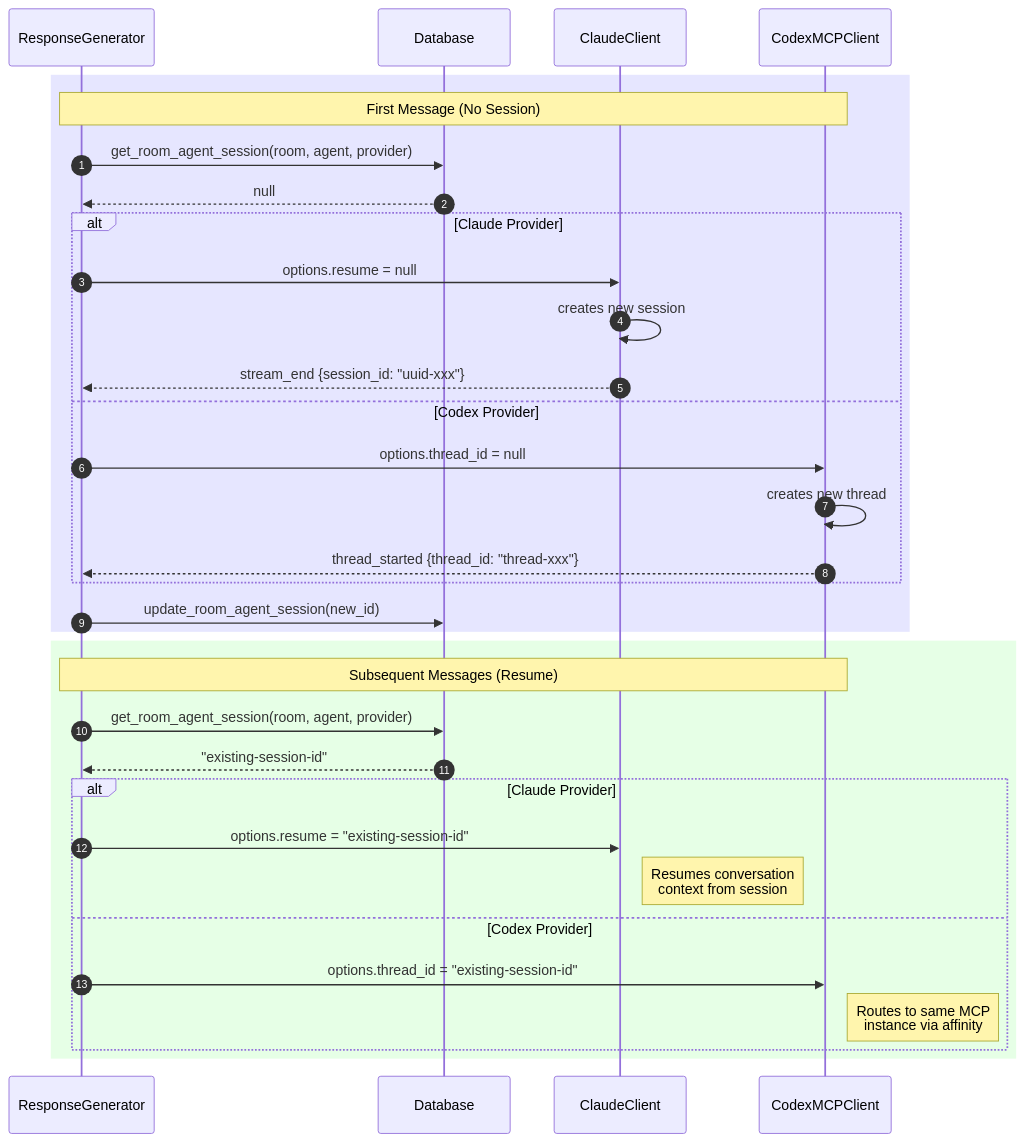
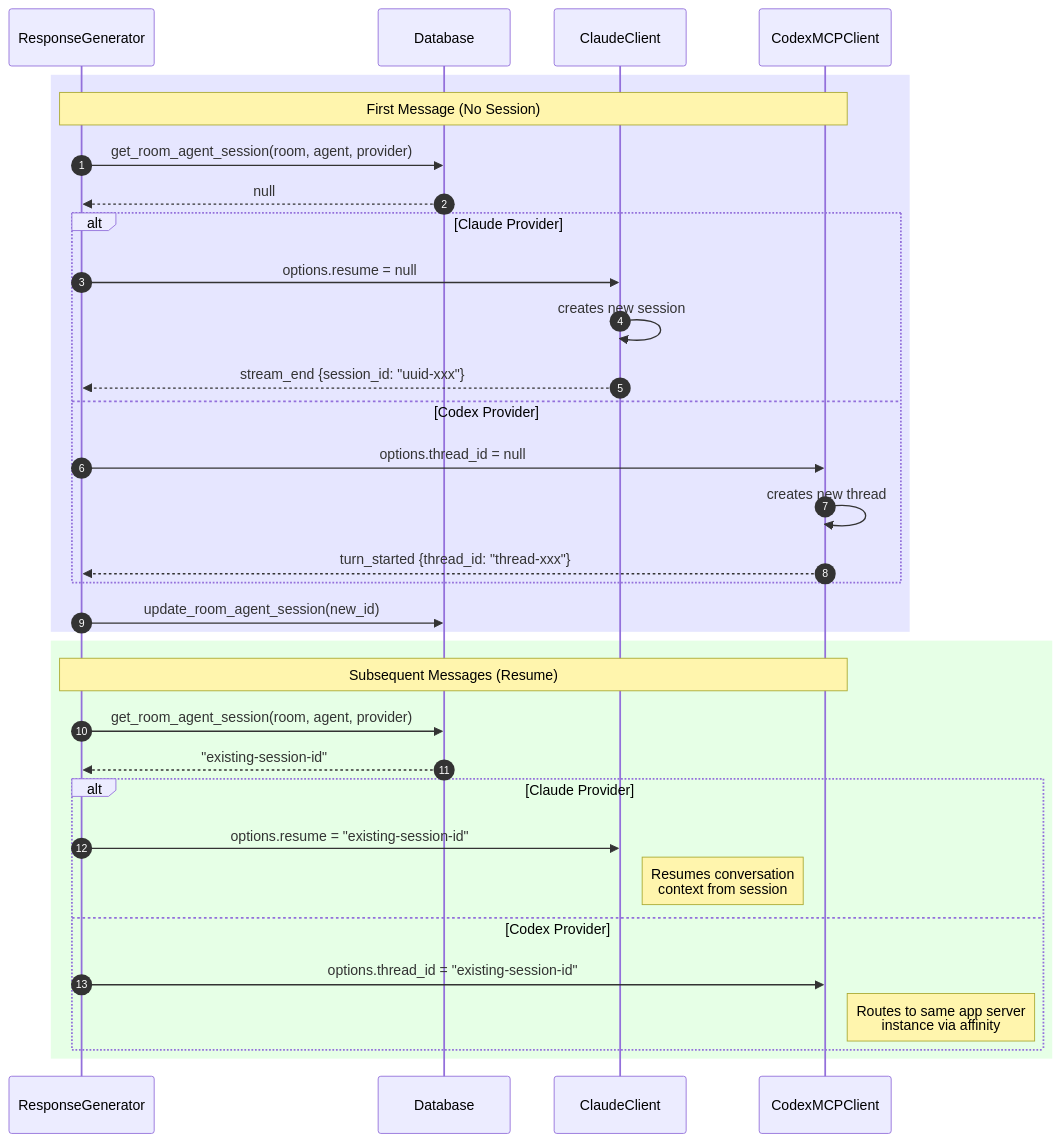
The fourth of 4 diagrams in docs/sequence-diagrams.md (sorryhyun/chitchats-public), drawn with Mermaid before and after one commit. The commit also changed other lines of this file, not shown here.

First line of the commit message:
docs: update sequence diagrams to reflect Codex app server architecture

````diff
--- a/docs/sequence-diagrams.md
+++ b/docs/sequence-diagrams.md
@@ -234,40 +234,40 @@
 ```mermaid
 sequenceDiagram
     autonumber
     participant RG as ResponseGenerator
     participant DB as Database
     participant Claude as ClaudeClient
     participant Codex as CodexMCPClient
 
     rect rgb(230, 230, 255)
         Note over RG,Codex: First Message (No Session)
         RG->>DB: get_room_agent_session(room, agent, provider)
         DB-->>RG: null
 
         alt Claude Provider
             RG->>Claude: options.resume = null
             Claude->>Claude: creates new session
             Claude-->>RG: stream_end {session_id: "uuid-xxx"}
         else Codex Provider
             RG->>Codex: options.thread_id = null
             Codex->>Codex: creates new thread
-            Codex-->>RG: thread_started {thread_id: "thread-xxx"}
+            Codex-->>RG: turn_started {thread_id: "thread-xxx"}
         end
 
         RG->>DB: update_room_agent_session(new_id)
     end
 
     rect rgb(230, 255, 230)
         Note over RG,Codex: Subsequent Messages (Resume)
         RG->>DB: get_room_agent_session(room, agent, provider)
         DB-->>RG: "existing-session-id"
 
         alt Claude Provider
             RG->>Claude: options.resume = "existing-session-id"
             Note right of Claude: Resumes conversation<br/>context from session
         else Codex Provider
             RG->>Codex: options.thread_id = "existing-session-id"
-            Note right of Codex: Routes to same MCP<br/>instance via affinity
+            Note right of Codex: Routes to same app server<br/>instance via affinity
         end
     end
 ```
````
